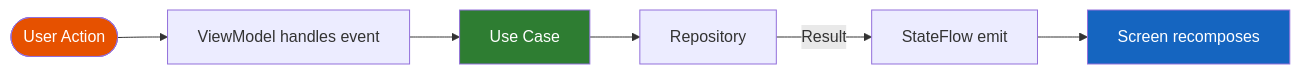
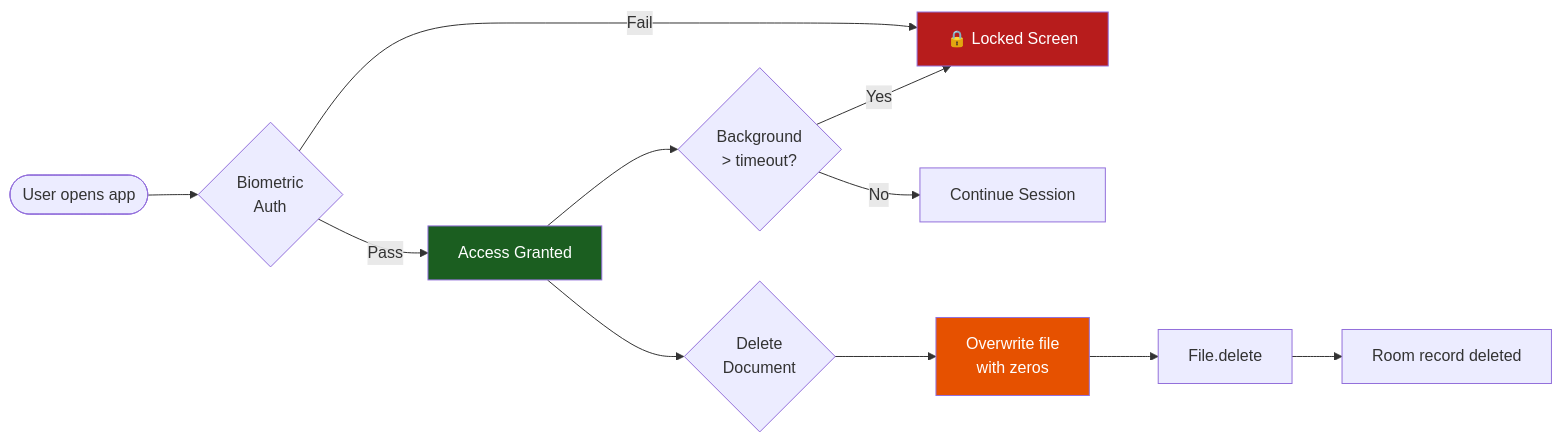
One commit to lakshmanreddymv-bot/EnterpriseDocumentRedactor changed the third of 3 diagrams in README.md. Above: the diagram before and after it, drawn with Mermaid. The commit also changed other lines of this file and 6 other files, not shown here.

````diff
--- a/README.md
+++ b/README.md
@@ -193,11 +195,16 @@
 ```mermaid
 graph LR
-TAP([User Action]) --> EV[ViewModel handles event]
-EV --> UC[Use Case]
-UC --> REPO[Repository]
-REPO -->|Result| ST[StateFlow emit]
-ST --> UI[Screen recomposes]
-style TAP fill:#e65100,color:#fff
-style UC fill:#2e7d32,color:#fff
-style UI fill:#1565c0,color:#fff
+USER([User opens app]) --> BIOMETRIC{Biometric\nAuth}
+BIOMETRIC -->|Pass| APP[Access Granted]
+BIOMETRIC -->|Fail| LOCK[🔒 Locked Screen]
+APP --> TIMEOUT{Background\n> timeout?}
+TIMEOUT -->|Yes| LOCK
+TIMEOUT -->|No| CONTINUE[Continue Session]
+APP --> DELETE{Delete\nDocument}
+DELETE --> OVERWRITE[Overwrite file\nwith zeros]
+OVERWRITE --> FILEDELETE[File.delete]
+FILEDELETE --> DBDELETE[Room record deleted]
+style LOCK fill:#b71c1c,color:#fff
+style APP fill:#1b5e20,color:#fff
+style OVERWRITE fill:#e65100,color:#fff
 ```
````
